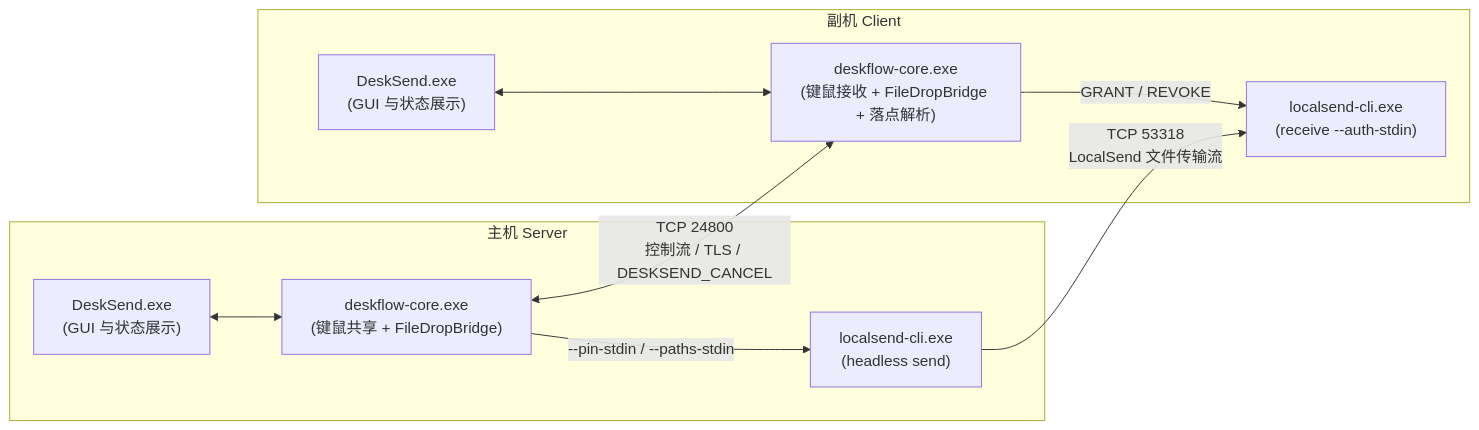
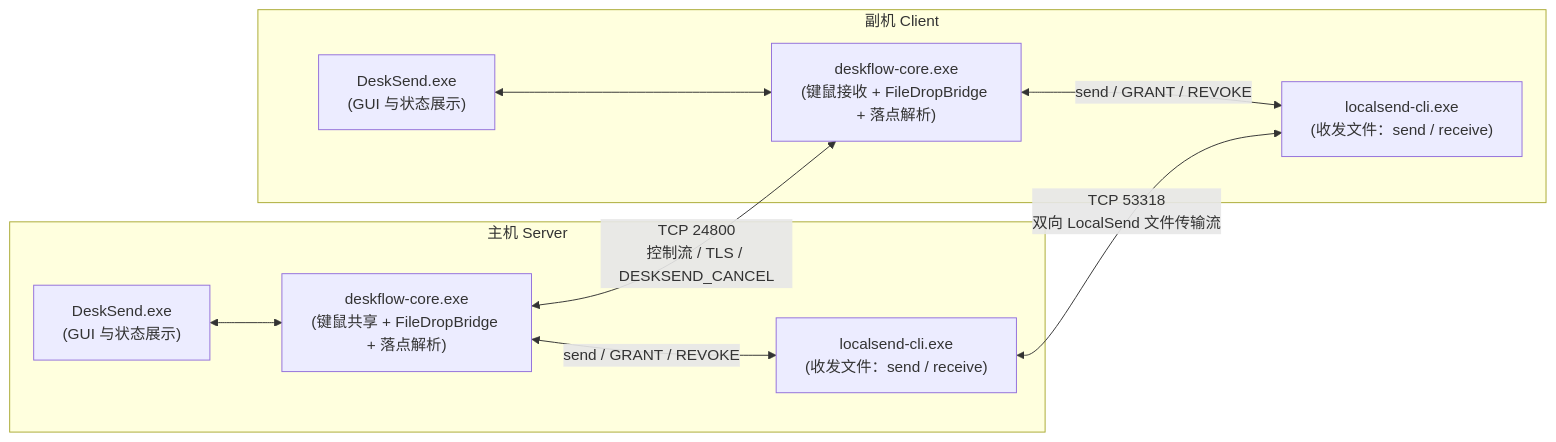
Before and after one commit to wtyLaziness/desksend: the diagram in README.md, drawn with Mermaid. The commit also changed other lines of this file and 24 other files, not shown here.

````diff
--- a/README.md
+++ b/README.md
@@ -38,21 +38,21 @@
 ```mermaid
 flowchart LR
   subgraph S["主机 Server"]
     SGUI["DeskSend.exe<br/>(GUI 与状态展示)"]
-    SCORE["deskflow-core.exe<br/>(键鼠共享 + FileDropBridge)"]
-    SCLI["localsend-cli.exe<br/>(headless send)"]
+    SCORE["deskflow-core.exe<br/>(键鼠共享 + FileDropBridge + 落点解析)"]
+    SCLI["localsend-cli.exe<br/>(收发文件：send / receive)"]
     SGUI <--> SCORE
-    SCORE -->|"--pin-stdin / --paths-stdin"| SCLI
+    SCORE <-->|"send / GRANT / REVOKE"| SCLI
   end
 
   subgraph C["副机 Client"]
     CGUI["DeskSend.exe<br/>(GUI 与状态展示)"]
     CCORE["deskflow-core.exe<br/>(键鼠接收 + FileDropBridge + 落点解析)"]
-    CCLI["localsend-cli.exe<br/>(receive --auth-stdin)"]
+    CCLI["localsend-cli.exe<br/>(收发文件：send / receive)"]
     CGUI <--> CCORE
-    CCORE -->|"GRANT / REVOKE"| CCLI
+    CCORE <-->|"send / GRANT / REVOKE"| CCLI
   end
 
   SCORE <-->|"TCP 24800<br/>控制流 / TLS / DESKSEND_CANCEL"| CCORE
-  SCLI -->|"TCP 53318<br/>LocalSend 文件传输流"| CCLI
+  SCLI <-->|"TCP 53318<br/>双向 LocalSend 文件传输流"| CCLI
 ```
````
